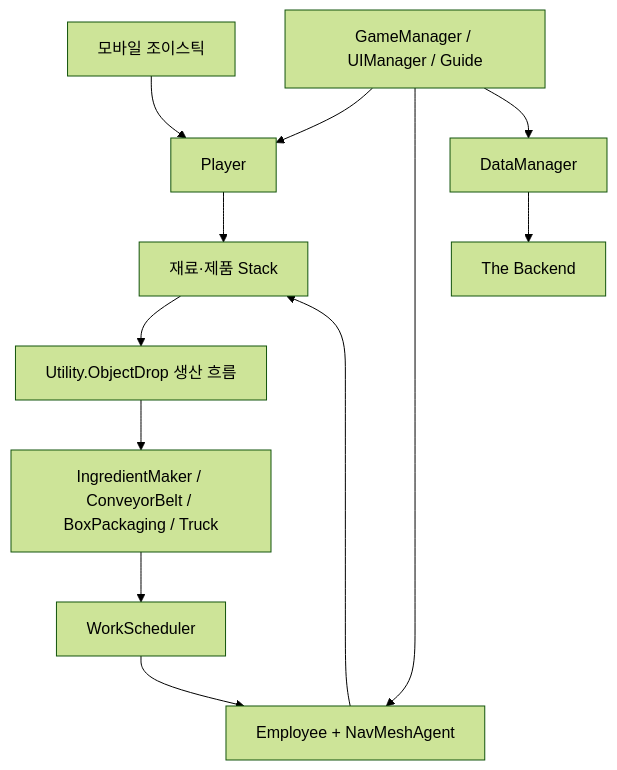
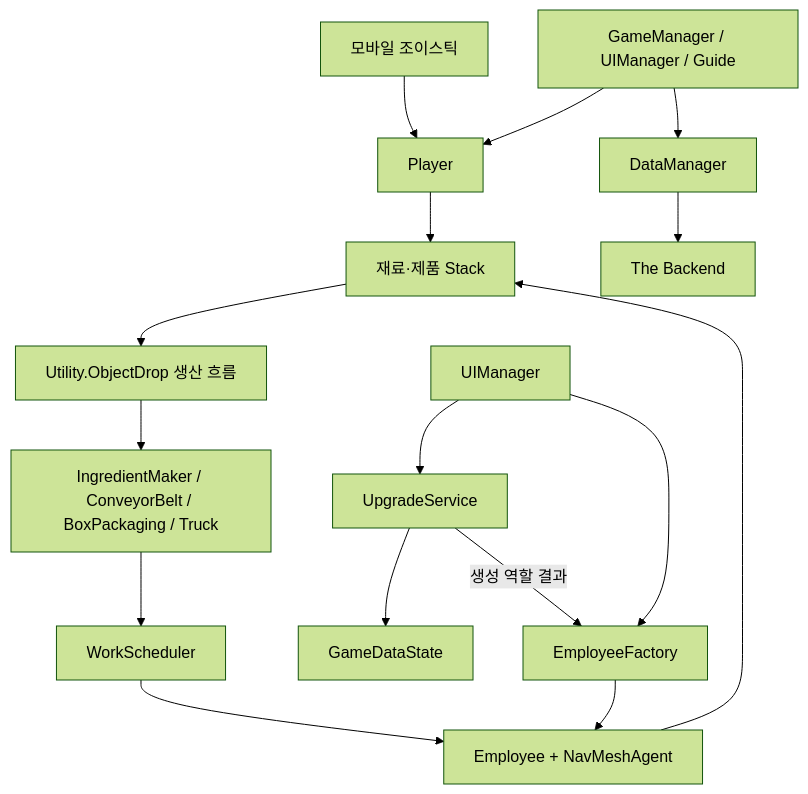
The diagram in docs/ARCHITECTURE.md (yj9809/churub-factory), drawn with Mermaid (forest theme) before and after one commit. The commit also changed other lines of this file and 24 other files, not shown here.

````diff
--- a/docs/ARCHITECTURE.md
+++ b/docs/ARCHITECTURE.md
@@ -5,17 +5,21 @@
 ```mermaid
 flowchart TB
     Input["모바일 조이스틱"] --> Player["Player"]
     Player --> Inventory["재료·제품 Stack"]
 
     Facilities["IngredientMaker / ConveyorBelt / BoxPackaging / Truck"] --> Scheduler["WorkScheduler"]
     Scheduler --> Employee["Employee + NavMeshAgent"]
     Employee --> Inventory
 
     Inventory --> Production["Utility.ObjectDrop 생산 흐름"]
     Production --> Facilities
 
     Managers["GameManager / UIManager / Guide"] --> Player
-    Managers --> Employee
+    UI["UIManager"] --> Upgrade["UpgradeService"]
+    Upgrade --> DataState["GameDataState"]
+    UI --> Factory["EmployeeFactory"]
+    Upgrade -->|"생성 역할 결과"| Factory
+    Factory --> Employee
     Data["DataManager"] --> Backend["The Backend"]
     Managers --> Data
 ```
````
